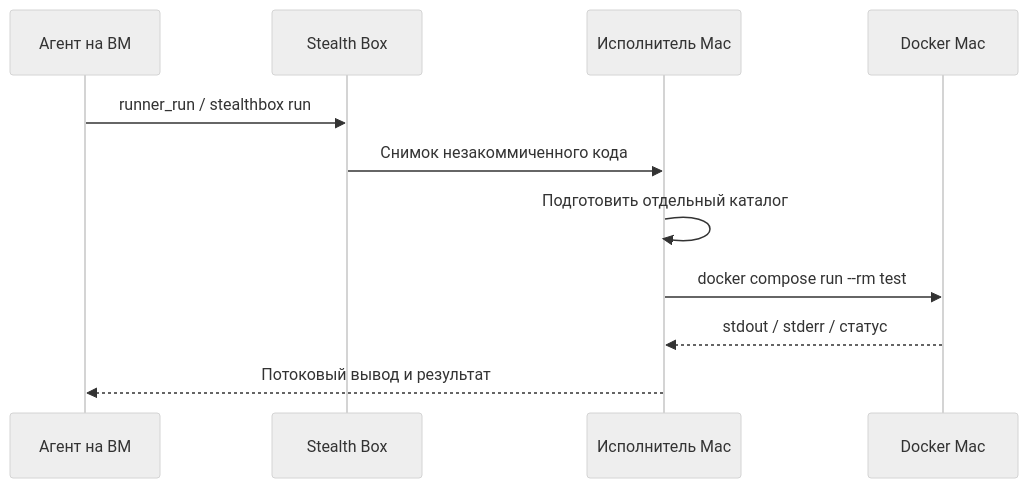
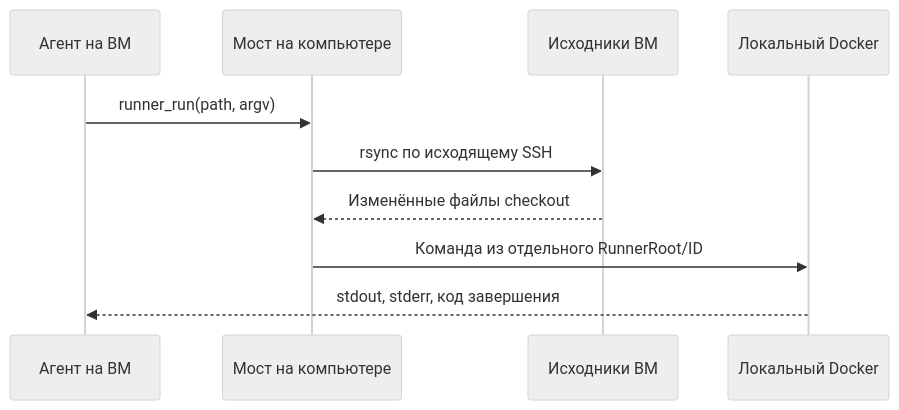
One commit to mcoder33/stealthbox changed the second of 2 diagrams in README.md. Above: the diagram before and after it, drawn with Mermaid (neutral theme). The commit also changed other lines of this file and 29 other files, not shown here.

````diff
--- a/README.md
+++ b/README.md
@@ -216,13 +257,12 @@
 ```mermaid
 sequenceDiagram
   participant A as Агент на ВМ
-  participant S as Stealth Box
-  participant M as Исполнитель Mac
-  participant D as Docker Mac
-  A->>S: runner_run / stealthbox run
-  S->>M: Снимок незакоммиченного кода
-  M->>M: Подготовить отдельный каталог
-  M->>D: docker compose run --rm test
-  D-->>M: stdout / stderr / статус
-  M-->>A: Потоковый вывод и результат
+  participant B as Мост на компьютере
+  participant V as Исходники ВМ
+  participant D as Локальный Docker
+  A->>B: runner_run(path, argv)
+  B->>V: rsync по исходящему SSH
+  V-->>B: Изменённые файлы checkout
+  B->>D: Команда из отдельного RunnerRoot/ID
+  D-->>A: stdout, stderr, код завершения
 ```
````
